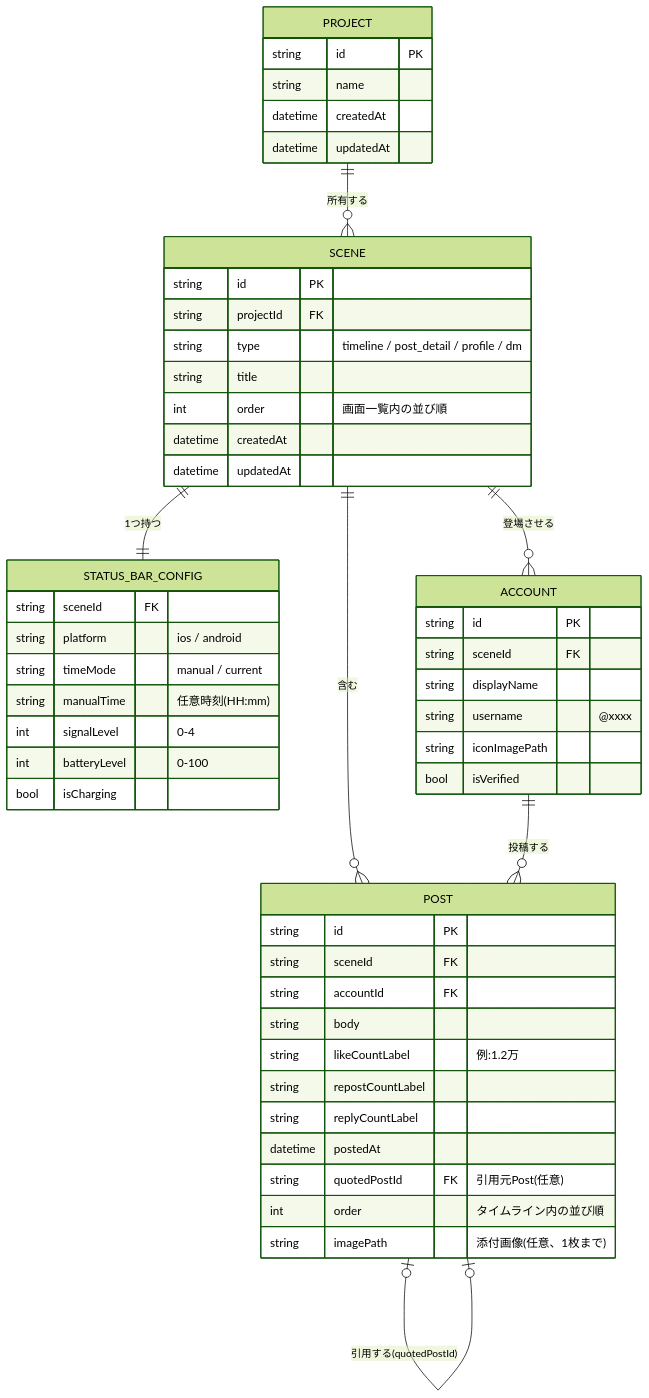
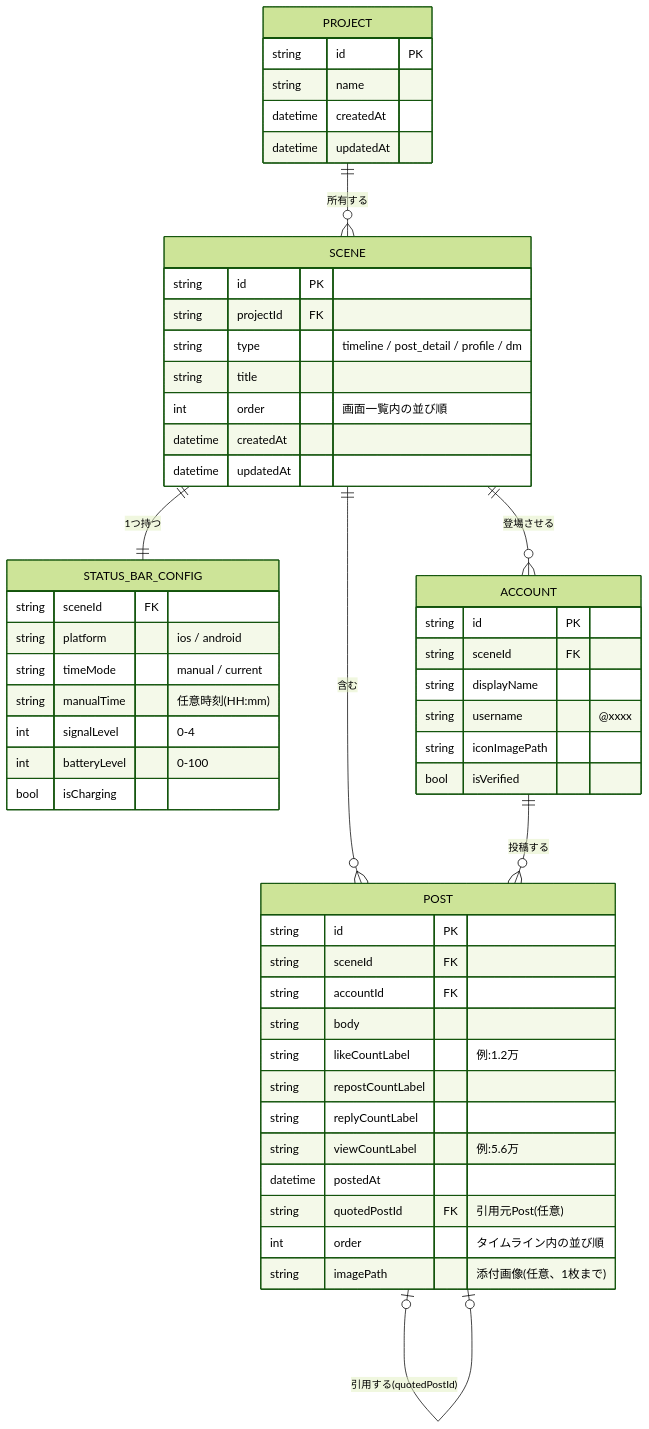
The third of 6 diagrams in docs/functional-design.md (56nework2022/claude-postapp), drawn with Mermaid (forest theme) before and after one commit. The commit also changed 7 other files, not shown here.

First line of the commit message:
投稿に閲覧数(viewCountLabel)を追加

````diff
--- a/docs/functional-design.md
+++ b/docs/functional-design.md
@@ -98,59 +98,60 @@
 ```mermaid
 erDiagram
     PROJECT ||--o{ SCENE : "所有する"
     SCENE ||--|| STATUS_BAR_CONFIG : "1つ持つ"
     SCENE ||--o{ ACCOUNT : "登場させる"
     SCENE ||--o{ POST : "含む"
     ACCOUNT ||--o{ POST : "投稿する"
     POST |o--o| POST : "引用する(quotedPostId)"
 
     PROJECT {
         string id PK
         string name
         datetime createdAt
         datetime updatedAt
     }
 
     SCENE {
         string id PK
         string projectId FK
         string type "timeline / post_detail / profile / dm"
         string title
         int order "画面一覧内の並び順"
         datetime createdAt
         datetime updatedAt
     }
 
     STATUS_BAR_CONFIG {
         string sceneId FK
         string platform "ios / android"
         string timeMode "manual / current"
         string manualTime "任意時刻(HH:mm)"
         int signalLevel "0-4"
         int batteryLevel "0-100"
         bool isCharging
     }
 
     ACCOUNT {
         string id PK
         string sceneId FK
         string displayName
         string username "@xxxx"
         string iconImagePath
         bool isVerified
     }
 
     POST {
         string id PK
         string sceneId FK
         string accountId FK
         string body
         string likeCountLabel "例:1.2万"
         string repostCountLabel
         string replyCountLabel
+        string viewCountLabel "例:5.6万"
         datetime postedAt
         string quotedPostId FK "引用元Post(任意)"
         int order "タイムライン内の並び順"
         string imagePath "添付画像(任意、1枚まで)"
     }
 ```
````
